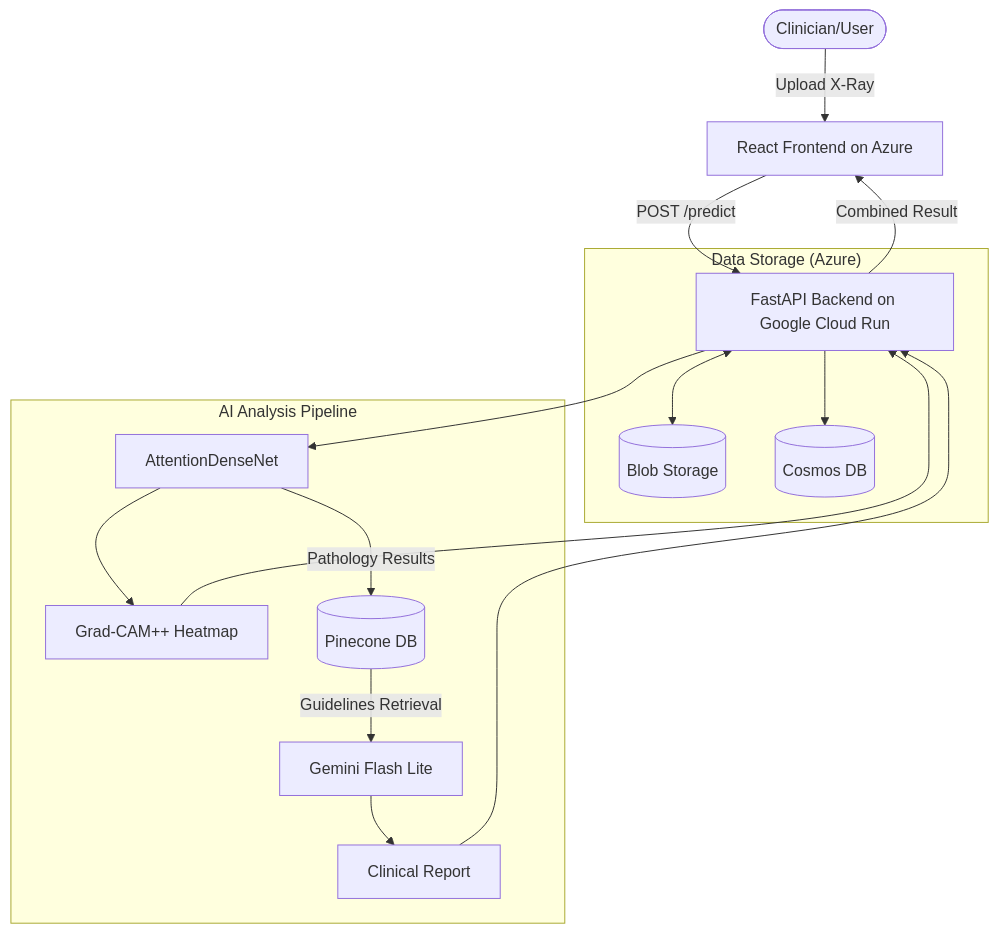
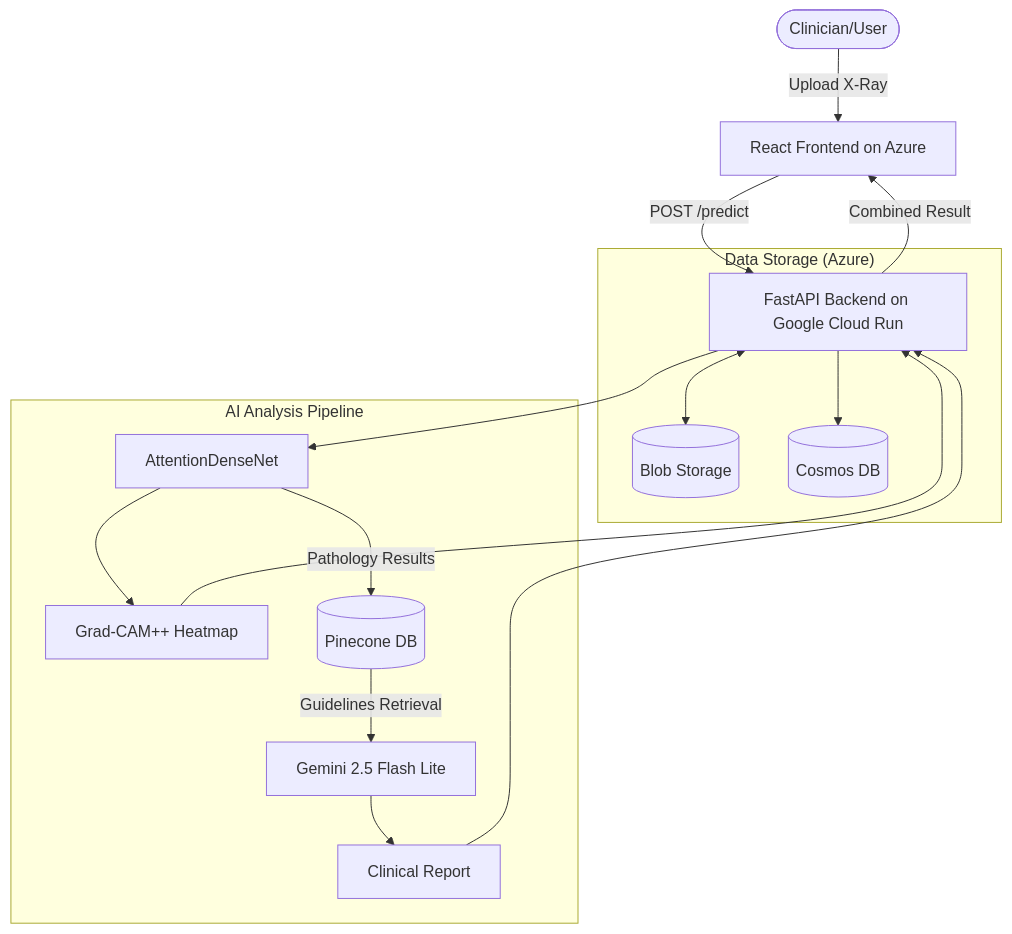
One commit to anaCS-26/Pulmolens-model changed the diagram in README.md. Above: the diagram before and after it, drawn with Mermaid. The commit also changed other lines of this file, not shown here.

Commit message:
docs: update README to reflect Gemini 2.5 Flash Lite and Thinking Mode optimization

````diff
--- a/README.md
+++ b/README.md
@@ -73,23 +73,23 @@
 ```mermaid
 graph TD
     User([Clinician/User]) -->|Upload X-Ray| FE[React Frontend on Azure]
     FE -->|POST /predict| BE[FastAPI Backend on Google Cloud Run]
     
     subgraph "Data Storage (Azure)"
         BE <--> BLOB[(Blob Storage)]
         BE --> COSMOS[(Cosmos DB)]
     end
     
     subgraph "AI Analysis Pipeline"
         BE --> MODEL[AttentionDenseNet]
         MODEL --> HEATMAP[Grad-CAM++ Heatmap]
         
         MODEL -->|"Pathology Results"| PINDEX[(Pinecone DB)]
-        PINDEX -->|"Guidelines Retrieval"| LLM[Gemini Flash Lite]
+        PINDEX -->|"Guidelines Retrieval"| LLM[Gemini 2.5 Flash Lite]
         LLM --> REPORT[Clinical Report]
     end
     
     REPORT --> BE
     HEATMAP --> BE
     BE -->|Combined Result| FE
 ```
````
